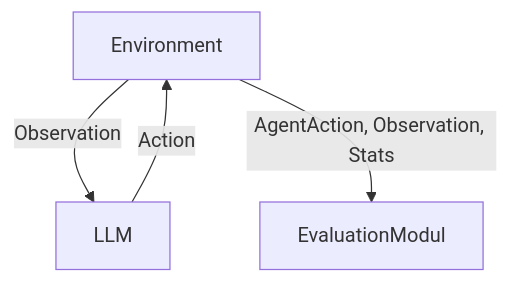
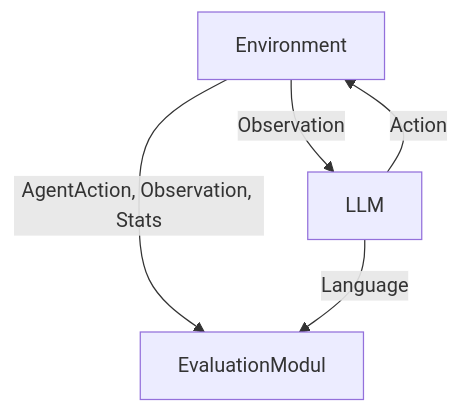
The diagram in README.md (akvachan/SR-LLM), drawn with Mermaid before and after one commit.

````diff
--- a/README.md
+++ b/README.md
@@ -4,6 +4,7 @@
 ```mermaid
 flowchart TD
     A[Environment] --> |Observation| B[LLM]
     B --> |Action| A
     A --> |AgentAction, Observation, Stats| C[EvaluationModul]
+    B --> |Language| C
 ```
````
